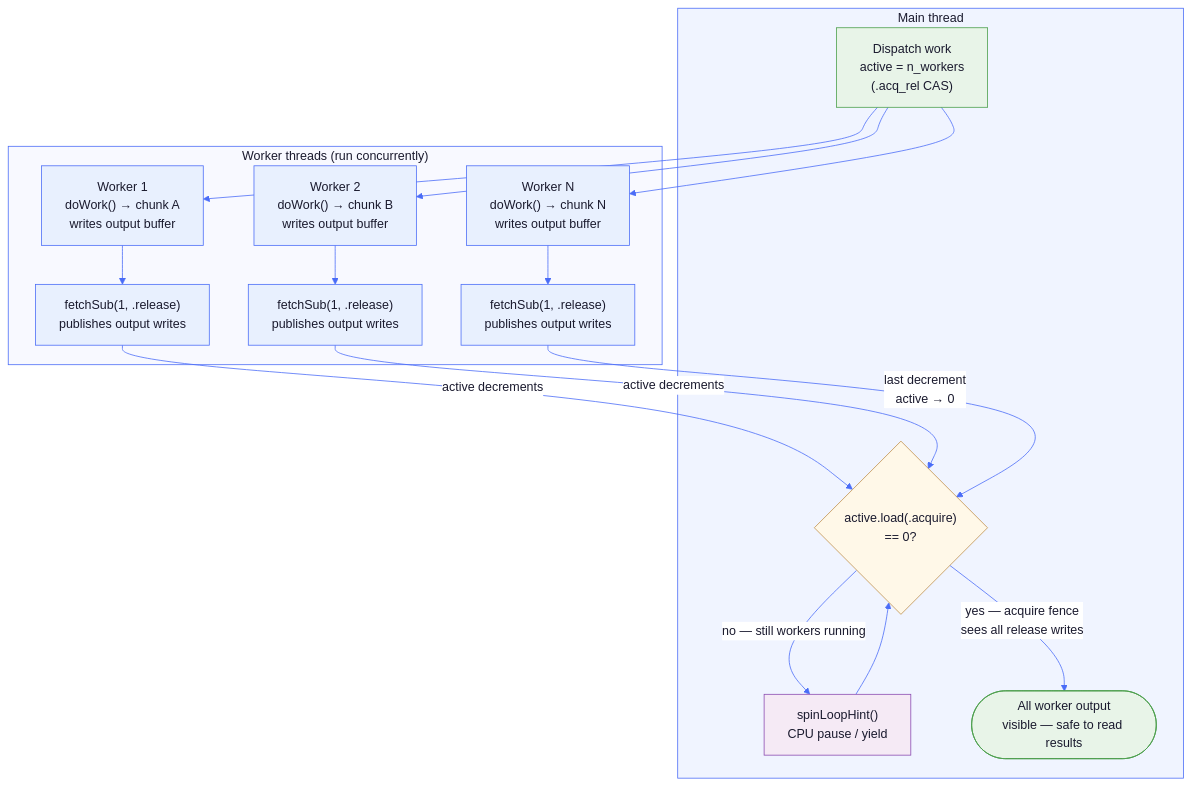
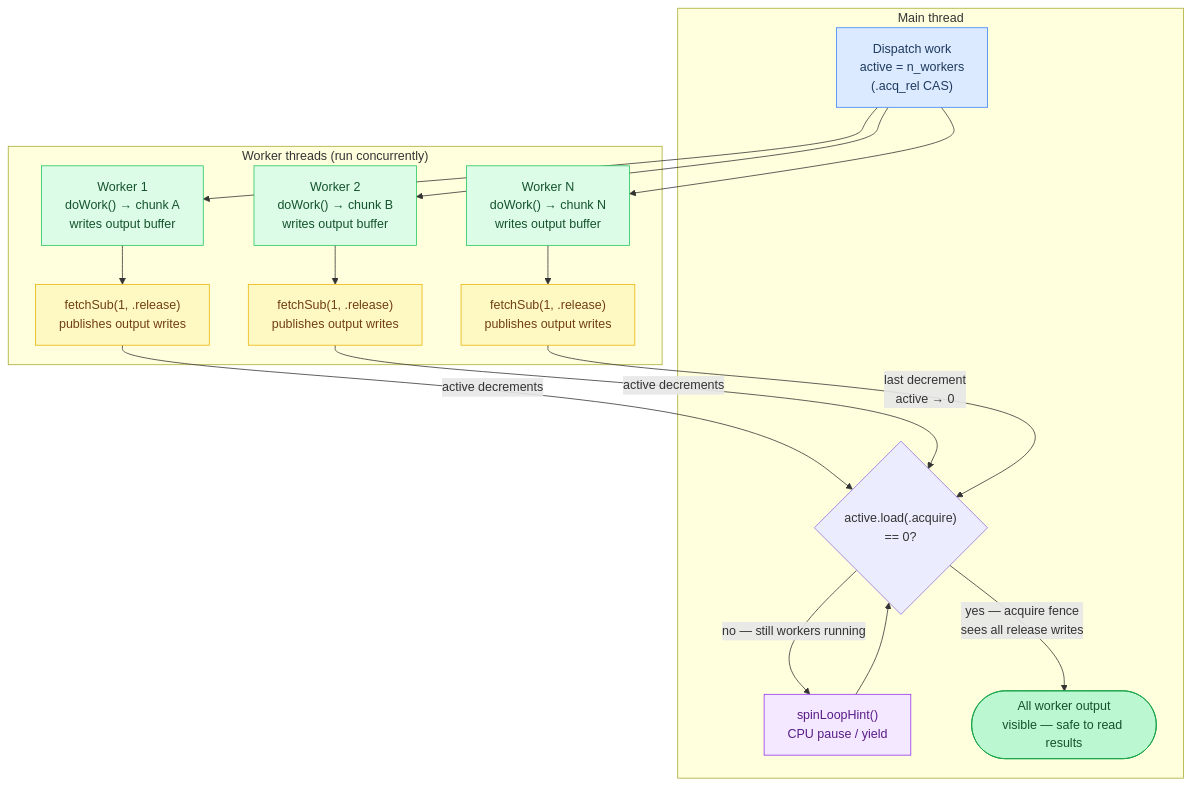
One commit to maci0/agave changed the fifth of 6 diagrams in docs/tutorial/appendix-atomics.md. Above: the diagram before and after it, drawn with Mermaid. The commit also changed other lines of this file and 24 other files, not shown here.

First line of the commit message:
docs: convert all mermaid diagrams to classDef semantic colors

````diff
--- a/docs/tutorial/appendix-atomics.md
+++ b/docs/tutorial/appendix-atomics.md
@@ -398,52 +385,38 @@
 ```mermaid
-%%{init: {'theme': 'base', 'themeVariables': {
-  'primaryColor': '#e8f0fe',
-  'primaryTextColor': '#1a1a2e',
-  'primaryBorderColor': '#4a6cf7',
-  'lineColor': '#4a6cf7',
-  'secondaryColor': '#f0f4ff',
-  'tertiaryColor': '#f8f9ff',
-  'edgeLabelBackground': '#ffffff',
-  'clusterBkg': '#f0f4ff',
-  'clusterBorder': '#4a6cf7',
-  'titleColor': '#1a1a2e',
-  'nodeTextColor': '#1a1a2e',
-  'fontFamily': 'ui-monospace, SFMono-Regular, monospace'
-}}}%%
 flowchart TD
+    classDef setup     fill:#dbeafe,stroke:#3b82f6,color:#1e3a5f
+    classDef sync      fill:#dcfce7,stroke:#22c55e,color:#14532d
+    classDef migration fill:#fef9c3,stroke:#eab308,color:#713f12
+    classDef success   fill:#bbf7d0,stroke:#16a34a,color:#14532d
+    classDef danger    fill:#fee2e2,stroke:#ef4444,color:#7f1d1d
+    classDef optional  fill:#f3e8ff,stroke:#9333ea,color:#581c87
+
     subgraph Main["Main thread"]
-        Dispatch["Dispatch work\nactive = n_workers\n(.acq_rel CAS)"]
+        Dispatch["Dispatch work\nactive = n_workers\n(.acq_rel CAS)"]:::setup
         Spin{"active.load(.acquire)\n== 0?"}
-        Hint["spinLoopHint()\nCPU pause / yield"]
-        Done(["All worker output\nvisible — safe to read results"])
+        Hint["spinLoopHint()\nCPU pause / yield"]:::optional
+        Done(["All worker output\nvisible — safe to read results"]):::success
     end
 
     subgraph Workers["Worker threads (run concurrently)"]
-        W1["Worker 1\ndoWork() → chunk A\nwrites output buffer"]
-        W2["Worker 2\ndoWork() → chunk B\nwrites output buffer"]
-        WN["Worker N\ndoWork() → chunk N\nwrites output buffer"]
-        Sub1["fetchSub(1, .release)\npublishes output writes"]
-        Sub2["fetchSub(1, .release)\npublishes output writes"]
-        SubN["fetchSub(1, .release)\npublishes output writes"]
+        W1["Worker 1\ndoWork() → chunk A\nwrites output buffer"]:::sync
+        W2["Worker 2\ndoWork() → chunk B\nwrites output buffer"]:::sync
+        WN["Worker N\ndoWork() → chunk N\nwrites output buffer"]:::sync
+        Sub1["fetchSub(1, .release)\npublishes output writes"]:::migration
+        Sub2["fetchSub(1, .release)\npublishes output writes"]:::migration
+        SubN["fetchSub(1, .release)\npublishes output writes"]:::migration
     end
 
     Dispatch --> W1
     Dispatch --> W2
     Dispatch --> WN
     W1 --> Sub1
     W2 --> Sub2
     WN --> SubN
     Sub1 -->|"active decrements"| Spin
     Sub2 -->|"active decrements"| Spin
     SubN -->|"last decrement\nactive → 0"| Spin
     Spin -->|"no — still workers running"| Hint
     Hint --> Spin
     Spin -->|"yes — acquire fence\nsees all release writes"| Done
-
-    style Dispatch fill:#e8f4e8,stroke:#4a9e4a
-    style Done fill:#e8f4e8,stroke:#4a9e4a
-    style Spin fill:#fff8e8,stroke:#c0904a
-    style Hint fill:#f5eaf5,stroke:#8a4ab0
-    style Main fill:#f0f4ff,stroke:#4a6cf7
-    style Workers fill:#f8f9ff,stroke:#4a6cf7
 ```
````
